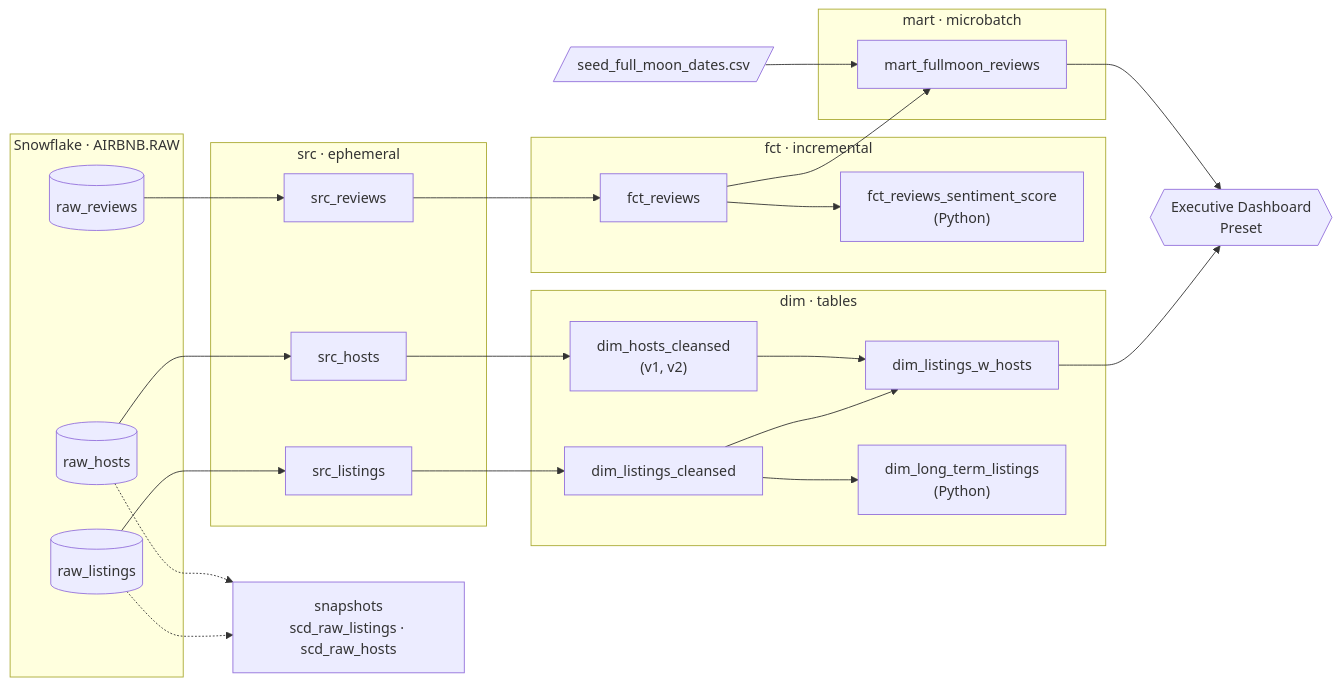
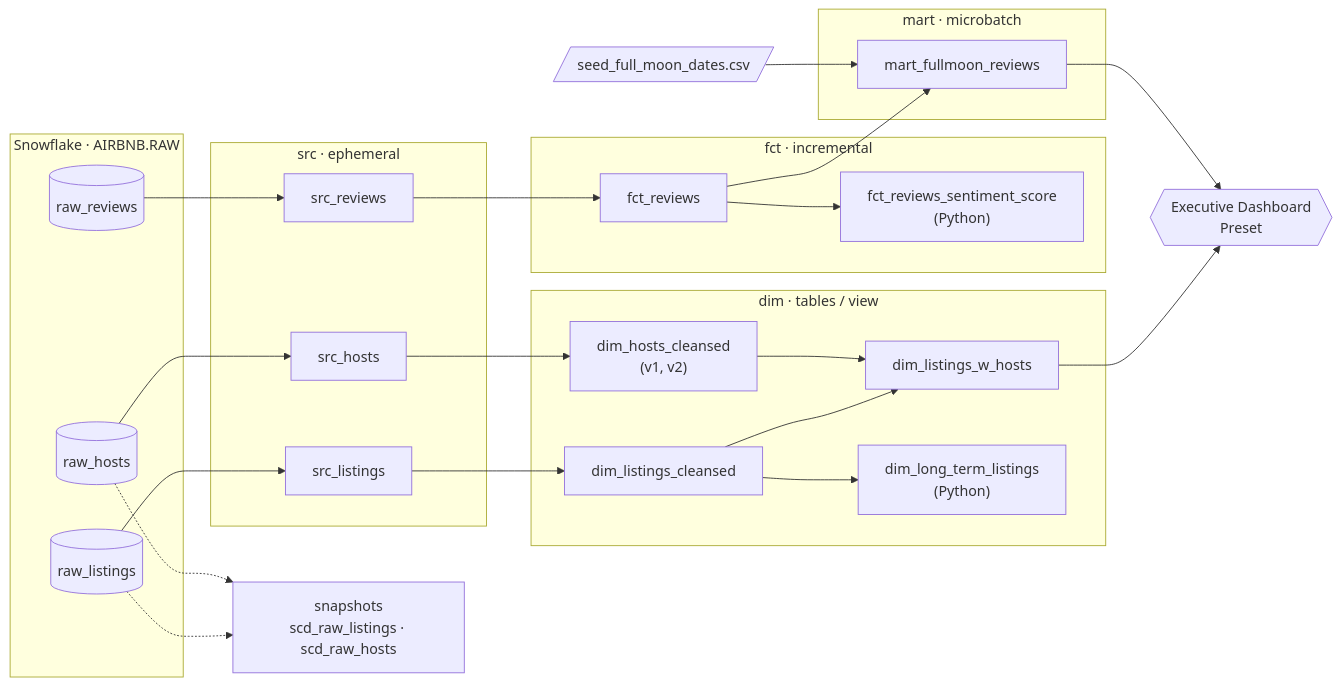
Before and after one commit to ElixScript/dbt-AirBnb-Project-: the diagram in README.md, drawn with Mermaid. The commit also changed other lines of this file, not shown here.

````diff
--- a/README.md
+++ b/README.md
@@ -25,49 +43,49 @@
 ```mermaid
 flowchart LR
     subgraph RAW["Snowflake · AIRBNB.RAW"]
         RL[(raw_listings)]
         RH[(raw_hosts)]
         RR[(raw_reviews)]
     end
 
     SEED[/seed_full_moon_dates.csv/]
 
     subgraph SRC["src · ephemeral"]
         SL[src_listings]
         SH[src_hosts]
         SR[src_reviews]
     end
 
-    subgraph DIM["dim · tables"]
+    subgraph DIM["dim · tables / view"]
         DLC[dim_listings_cleansed]
         DHC["dim_hosts_cleansed<br/>(v1, v2)"]
         DLWH[dim_listings_w_hosts]
         DLT["dim_long_term_listings<br/>(Python)"]
     end
 
     subgraph FCT["fct · incremental"]
         FR[fct_reviews]
         FRS["fct_reviews_sentiment_score<br/>(Python)"]
     end
 
     subgraph MART["mart · microbatch"]
         MFR[mart_fullmoon_reviews]
     end
 
     SNAP["snapshots<br/>scd_raw_listings · scd_raw_hosts"]
     DASH{{Executive Dashboard<br/>Preset}}
 
     RL --> SL --> DLC
     RH --> SH --> DHC
     RR --> SR --> FR
     DLC --> DLWH
     DHC --> DLWH
     DLC --> DLT
     FR --> FRS
     FR --> MFR
     SEED --> MFR
     RL -.-> SNAP
     RH -.-> SNAP
     DLWH --> DASH
     MFR --> DASH
 ```
````
